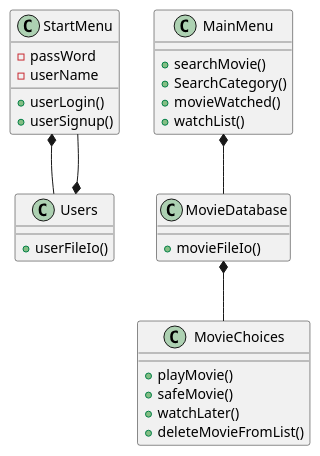
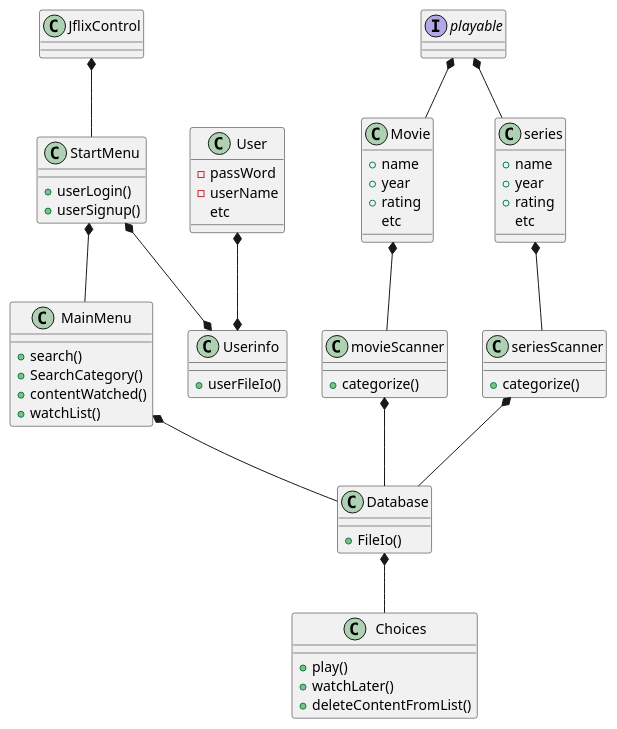
Before and after one commit to JuliusLansner/SP3-J: the diagram in out/production/SP3-J/sp33/src/sp3.puml, drawn with PlantUML. The commit also changed 13 other files, not shown here.

```diff
--- a/out/production/SP3-J/sp33/src/sp3.puml
+++ b/out/production/SP3-J/sp33/src/sp3.puml
@@ -1,33 +1,73 @@
 @startuml
+
+class JflixControl
+
 class StartMenu
-StartMenu : -passWord
-StartMenu : -userName
+
 StartMenu : + userLogin()
 StartMenu : + userSignup()
 
 class MainMenu
-MainMenu : +searchMovie()
+MainMenu : +search()
 MainMenu : +SearchCategory()
-MainMenu : +movieWatched()
+MainMenu : +contentWatched()
 MainMenu : +watchList()
 
-class Users
-Users : +userFileIo()
-
-class MovieDatabase
-MovieDatabase : +movieFileIo()
-
-class MovieChoices
-MovieChoices : +playMovie()
-MovieChoices : +safeMovie()
-MovieChoices : +watchLater()
-MovieChoices : +deleteMovieFromList()
+class Userinfo
+Userinfo : +userFileIo()
 
 
-MainMenu *-- MovieDatabase
-MovieDatabase *-- MovieChoices
-StartMenu *-- Users
-StartMenu --* Users
+class User
+User : -passWord
+User : -userName
+User : etc
+
+class Database
+Database : +FileIo()
+
+class Choices
+Choices : +play()
+Choices : +watchLater()
+Choices : +deleteContentFromList()
+
+class Movie
+Movie : +name
+Movie : +year
+Movie : +rating
+Movie : etc
+
+class movieScanner
+movieScanner : +categorize()
+
+class seriesScanner
+seriesScanner : +categorize()
+
+class series
+series : +name
+series : +year
+series : +rating
+series : etc
+
+interface playable
+
+movieScanner *-- Database
+seriesScanner *-- Database
+Movie *-- movieScanner
+series *-- seriesScanner
+
+StartMenu *-- MainMenu
+JflixControl *-- StartMenu
+MainMenu *-- Database
+Database *-- Choices
+
+User *--* Userinfo
+
+StartMenu *--* Userinfo
+
+playable *-- Movie
+playable *-- series
+
+
 
 
 @enduml
```
